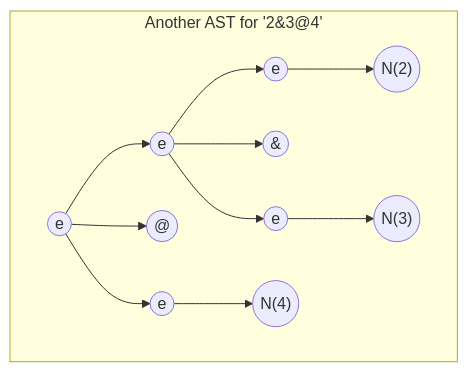
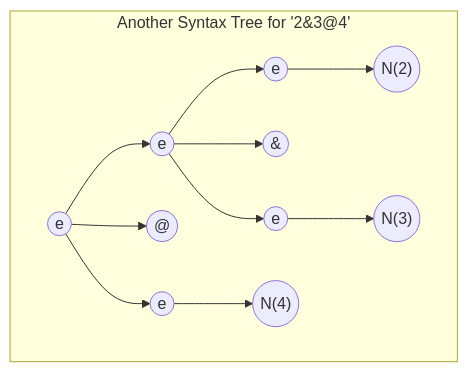
Before and after one commit to gh-cli-for-education/gh-education: the second of 2 diagrams in docs/src/practicas/hello-compiler.md, drawn with Mermaid. The commit also changed other lines of this file and 1 other file, not shown here.

````diff
--- a/docs/src/practicas/hello-compiler.md
+++ b/docs/src/practicas/hello-compiler.md
@@ -108,14 +108,14 @@
 ```mermaid
 graph TB
-  subgraph "Another AST for '2&3@4'"
+  subgraph "Another Syntax Tree for '2&3@4'"
     A((e))--> B((e))
     A-->C(("@"))
     A-->D((e))
     B-->F(("e"))
     B-->G(("&"))
     B-->H(("e"))
     D-->I(("N(4)"))
     F-->K(("N(2)"))
     H-->L(("N(3)"))
   end
 ```
````
